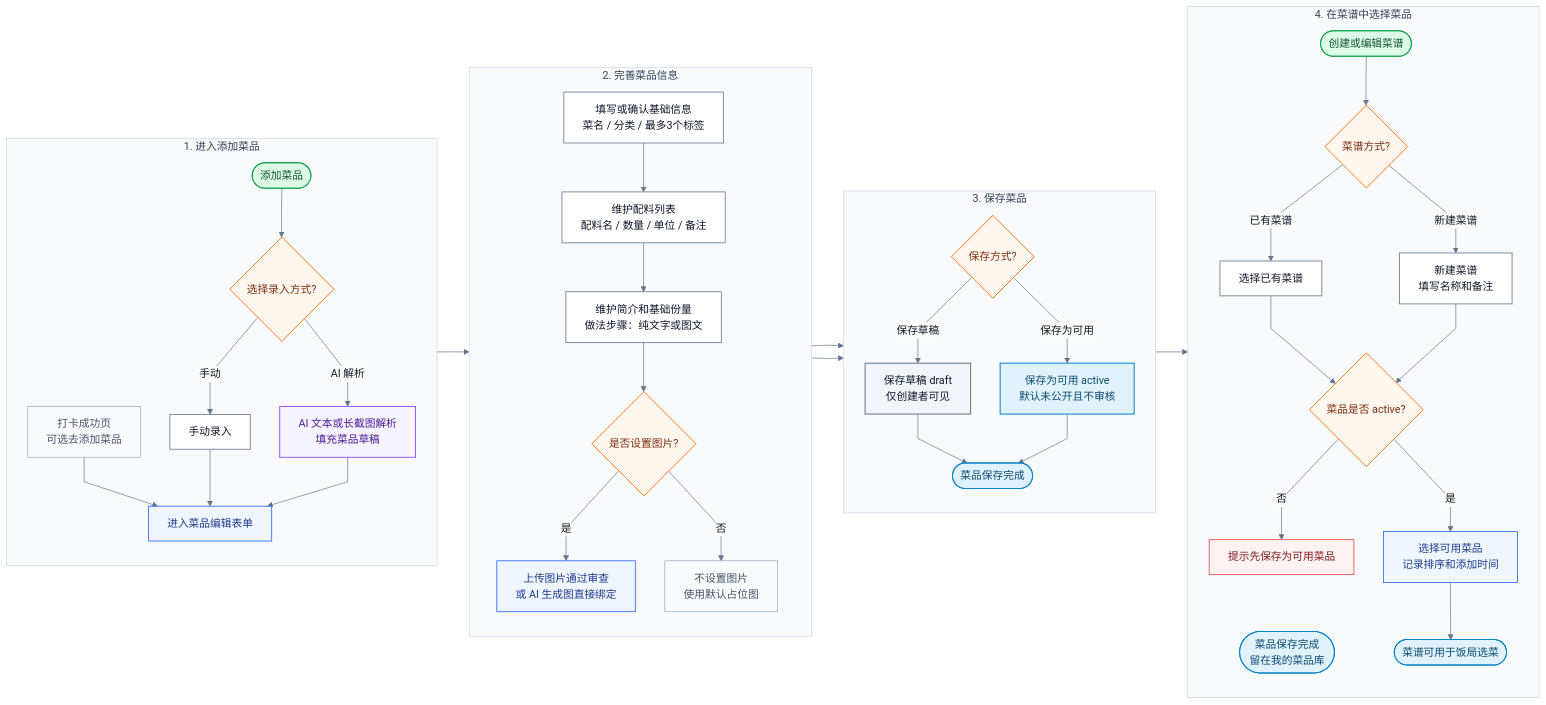
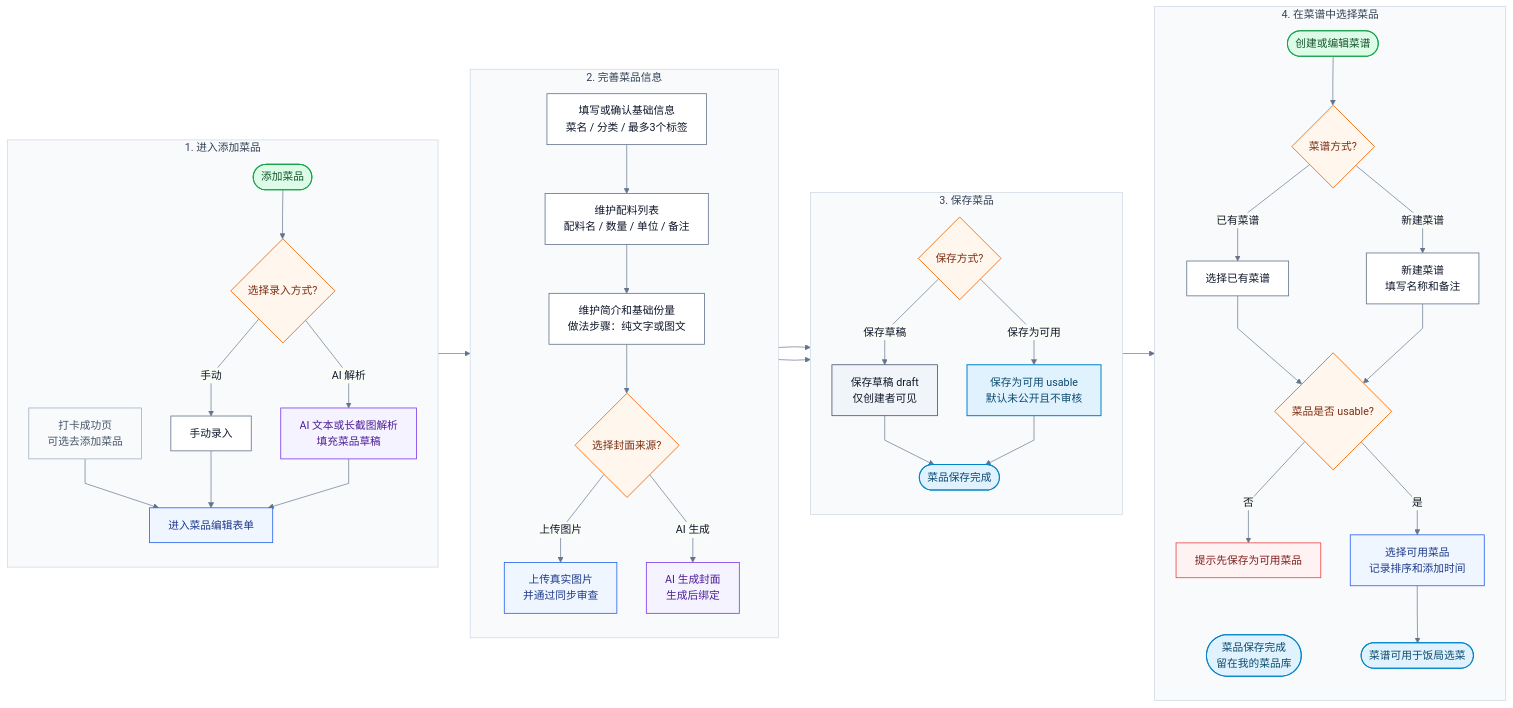
Before and after one commit to dyjh/gin-vue-admin: the diagram in aiDoc/prd/dish-and-recipe-creation-flowchart.md, drawn with Mermaid. The commit also changed other lines of this file and 24 other files, not shown here.

````diff
--- a/aiDoc/prd/dish-and-recipe-creation-flowchart.md
+++ b/aiDoc/prd/dish-and-recipe-creation-flowchart.md
@@ -13,79 +13,79 @@
 ```mermaid
 %%{init: {"theme":"base","themeVariables":{"fontFamily":"Inter, PingFang SC, Microsoft YaHei, sans-serif","primaryColor":"#F8FAFC","primaryTextColor":"#0F172A","primaryBorderColor":"#CBD5E1","lineColor":"#64748B"},"flowchart":{"curve":"linear","nodeSpacing":44,"rankSpacing":48,"padding":14}}}%%
 flowchart LR
     subgraph P1["1. 进入添加菜品"]
         direction TB
         A([添加菜品]):::start
         A0[打卡成功页<br/>可选去添加菜品]:::muted
         B{选择录入方式?}:::decision
         C[手动录入]:::action
         D[AI 文本或长截图解析<br/>填充菜品草稿]:::ai
         F[进入菜品编辑表单]:::system
         A --> B
         A0 --> F
         B -->|手动| C --> F
         B -->|AI 解析| D --> F
     end
 
     subgraph P2["2. 完善菜品信息"]
         direction TB
         G[填写或确认基础信息<br/>菜名 / 分类 / 最多3个标签]:::action
         H[维护配料列表<br/>配料名 / 数量 / 单位 / 备注]:::action
         I[维护简介和基础份量<br/>做法步骤：纯文字或图文]:::action
-        J{是否设置图片?}:::decision
-        K[上传图片通过审查<br/>或 AI 生成图直接绑定]:::system
-        L[不设置图片<br/>使用默认占位图]:::muted
+        J{选择封面来源?}:::decision
+        K[上传真实图片<br/>并通过同步审查]:::system
+        L[AI 生成封面<br/>生成后绑定]:::ai
         G --> H --> I --> J
-        J -->|是| K
-        J -->|否| L
+        J -->|上传图片| K
+        J -->|AI 生成| L
     end
 
     subgraph P3["3. 保存菜品"]
         direction TB
         M{保存方式?}:::decision
         N[保存草稿 draft<br/>仅创建者可见]:::state
-        O[保存为可用 active<br/>默认未公开且不审核]:::complete
+        O[保存为可用 usable<br/>默认未公开且不审核]:::complete
         P([菜品保存完成]):::complete
         M -->|保存草稿| N --> P
         M -->|保存为可用| O --> P
     end
 
     subgraph P4["4. 在菜谱中选择菜品"]
         direction TB
         R([菜品保存完成<br/>留在我的菜品库]):::complete
         Q([创建或编辑菜谱]):::start
         T{菜谱方式?}:::decision
         U[选择已有菜谱]:::action
         V[新建菜谱<br/>填写名称和备注]:::action
-        S{菜品是否 active?}:::decision
+        S{菜品是否 usable?}:::decision
         S1[提示先保存为可用菜品]:::error
         W[选择可用菜品<br/>记录排序和添加时间]:::system
         X([菜谱可用于饭局选菜]):::complete
         Q --> T
         T -->|已有菜谱| U --> S
         T -->|新建菜谱| V --> S
         S -->|否| S1
         S -->|是| W
         W --> X
     end
 
     F --> G
     K --> M
     L --> M
     P --> R
 
     style P1 fill:#F8FAFC,stroke:#CBD5E1,stroke-width:1px,color:#334155;
     style P2 fill:#F8FAFC,stroke:#CBD5E1,stroke-width:1px,color:#334155;
     style P3 fill:#F8FAFC,stroke:#CBD5E1,stroke-width:1px,color:#334155;
     style P4 fill:#F8FAFC,stroke:#CBD5E1,stroke-width:1px,color:#334155;
 
     classDef start fill:#DCFCE7,stroke:#16A34A,color:#14532D,stroke-width:1.5px;
     classDef complete fill:#E0F2FE,stroke:#0284C7,color:#0C4A6E,stroke-width:1.5px;
     classDef action fill:#FFFFFF,stroke:#64748B,color:#0F172A,stroke-width:1.2px;
     classDef system fill:#EFF6FF,stroke:#2563EB,color:#1E3A8A,stroke-width:1.2px;
     classDef decision fill:#FFF7ED,stroke:#F97316,color:#7C2D12,stroke-width:1.4px;
     classDef state fill:#F1F5F9,stroke:#475569,color:#0F172A,stroke-width:1.2px;
     classDef ai fill:#F5F3FF,stroke:#7C3AED,color:#4C1D95,stroke-width:1.2px;
     classDef error fill:#FEF2F2,stroke:#EF4444,color:#7F1D1D,stroke-width:1.2px;
     classDef muted fill:#F8FAFC,stroke:#94A3B8,color:#475569,stroke-width:1px;
 ```
````
